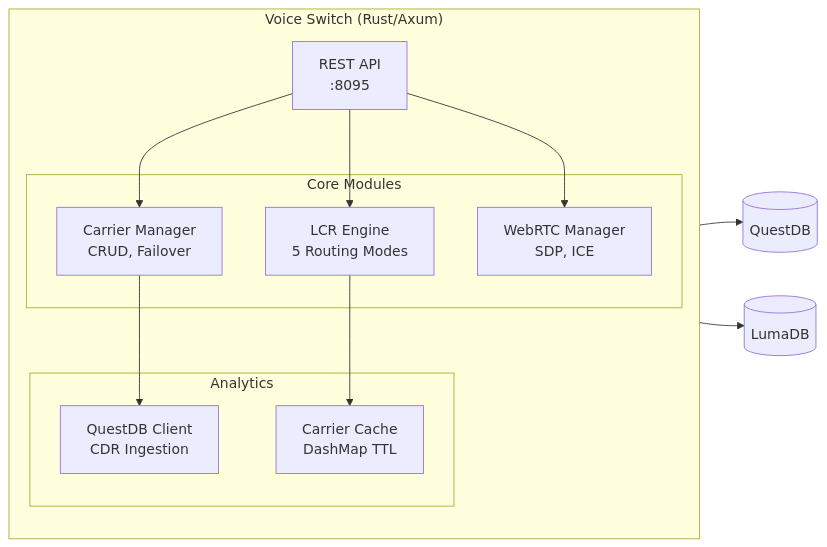
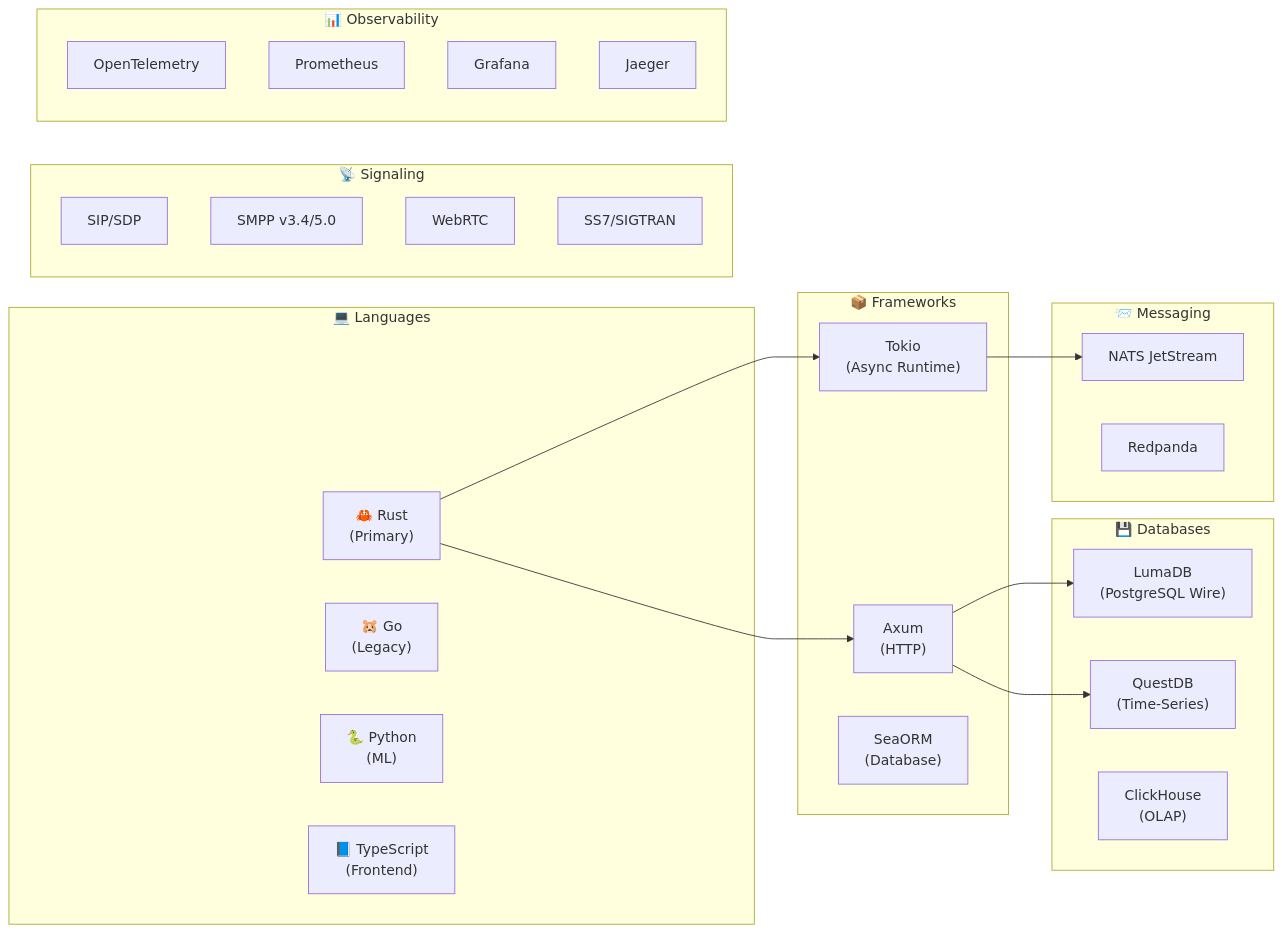
One commit to billyronks/Project-Catalyst-Merged changed the second of 7 diagrams in unified-brivas-platform/docs/ARCHITECTURE.md. Above: the diagram before and after it, drawn with Mermaid. The commit also changed other lines of this file and 13 other files, not shown here.

First line of the commit message:
refactor: Consolidate voice infrastructure and update architecture docs

````diff
--- a/unified-brivas-platform/docs/ARCHITECTURE.md
+++ b/unified-brivas-platform/docs/ARCHITECTURE.md
@@ -120,27 +174,46 @@
 ```mermaid
 flowchart LR
-    subgraph VoiceSwitch["Voice Switch (Rust/Axum)"]
-        direction TB
-        API["REST API<br/>:8095"]
-        
-        subgraph Core["Core Modules"]
-            CARRIER["Carrier Manager<br/>CRUD, Failover"]
-            LCR["LCR Engine<br/>5 Routing Modes"]
-            WEBRTC["WebRTC Manager<br/>SDP, ICE"]
-        end
-        
-        subgraph Analytics["Analytics"]
-            QUEST_C["QuestDB Client<br/>CDR Ingestion"]
-            CACHE["Carrier Cache<br/>DashMap TTL"]
-        end
+    subgraph Languages["💻 Languages"]
+        Rust["🦀 Rust<br/>(Primary)"]
+        Go["🐹 Go<br/>(Legacy)"]
+        Python["🐍 Python<br/>(ML)"]
+        TypeScript["📘 TypeScript<br/>(Frontend)"]
     end
-    
-    API --> CARRIER
-    API --> LCR
-    API --> WEBRTC
-    CARRIER --> QUEST_C
-    LCR --> CACHE
-    
-    QUEST_C --> QUESTDB[("QuestDB")]
-    CACHE --> LUMA[("LumaDB")]
+
+    subgraph Frameworks["📦 Frameworks"]
+        Axum["Axum<br/>(HTTP)"]
+        Tokio["Tokio<br/>(Async Runtime)"]
+        SeaORM["SeaORM<br/>(Database)"]
+    end
+
+    subgraph Databases["💾 Databases"]
+        LumaDB2["LumaDB<br/>(PostgreSQL Wire)"]
+        QuestDB2["QuestDB<br/>(Time-Series)"]
+        ClickHouse2["ClickHouse<br/>(OLAP)"]
+    end
+
+    subgraph Messaging2["📨 Messaging"]
+        NATS2["NATS JetStream"]
+        Redpanda2["Redpanda"]
+    end
+
+    subgraph Signaling["📡 Signaling"]
+        SIP["SIP/SDP"]
+        SMPP2["SMPP v3.4/5.0"]
+        WebRTC2["WebRTC"]
+        SS7["SS7/SIGTRAN"]
+    end
+
+    subgraph Observability2["📊 Observability"]
+        OpenTelemetry["OpenTelemetry"]
+        Prometheus2["Prometheus"]
+        Grafana2["Grafana"]
+        Jaeger2["Jaeger"]
+    end
+
+    Rust --> Axum
+    Rust --> Tokio
+    Axum --> LumaDB2
+    Axum --> QuestDB2
+    Tokio --> NATS2
 ```
````
